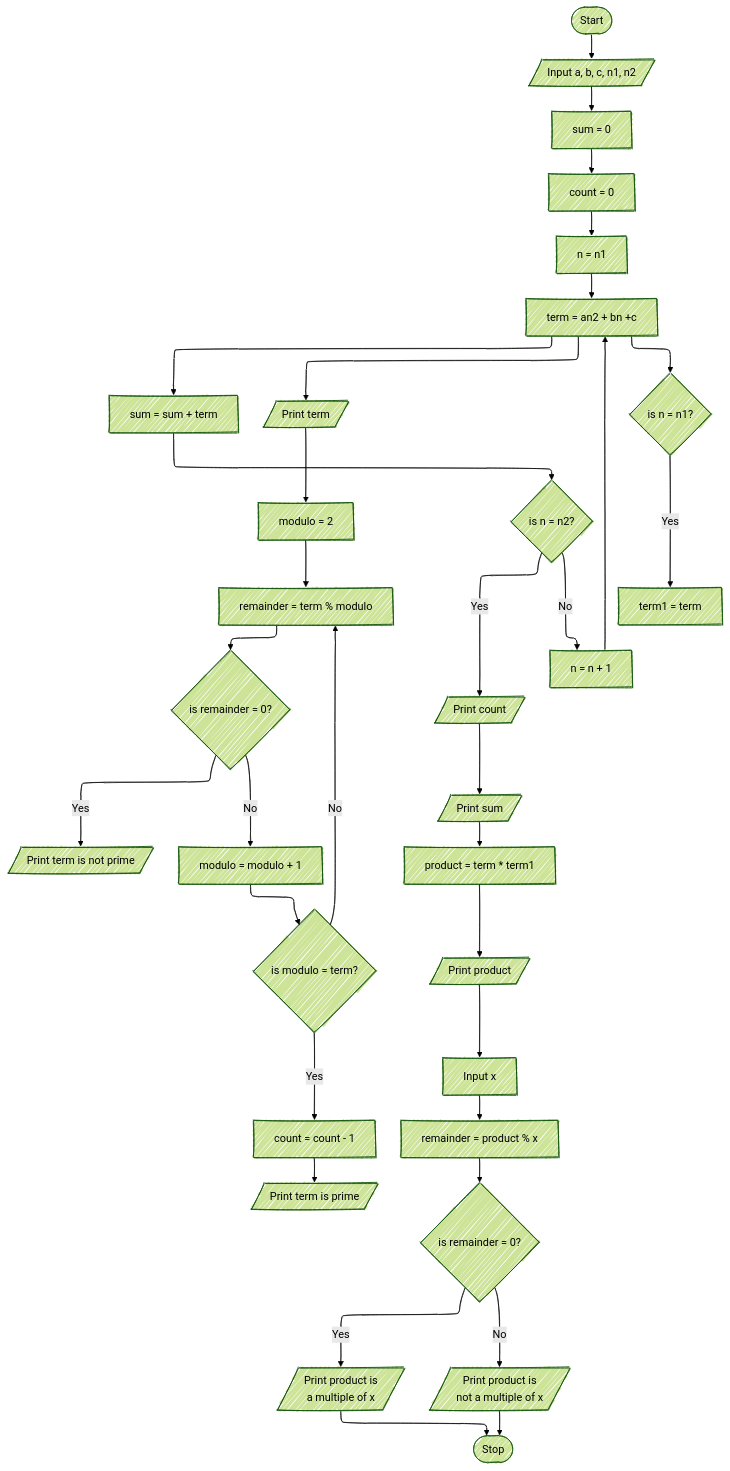
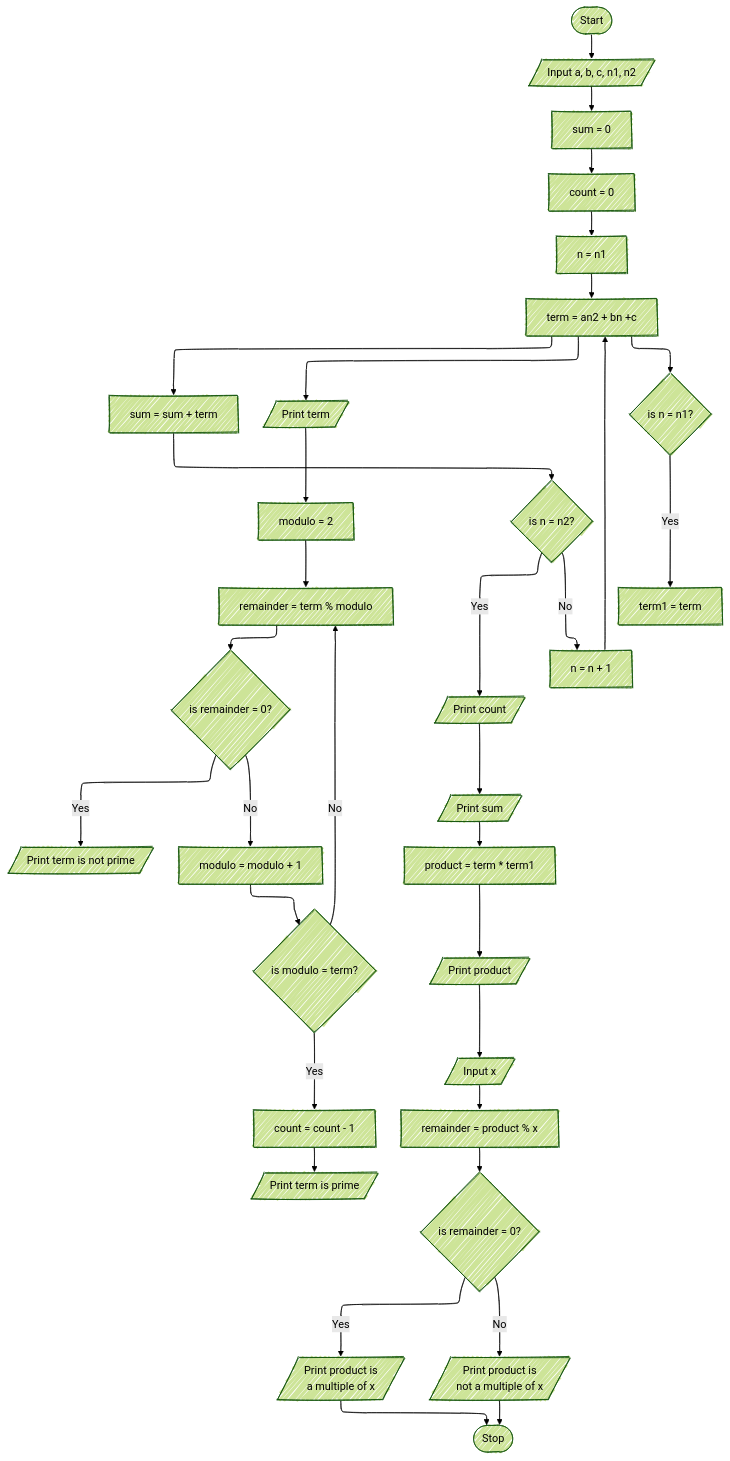
Before and after one commit to gtugaw/comp1236project: the diagram in flowchart/task3.md, drawn with Mermaid. The commit also changed 1 other file, not shown here.

Commit message:
added permission to run final.sh and fix input x flowchart shape

````diff
--- a/flowchart/task3.md
+++ b/flowchart/task3.md
@@ -3,60 +3,60 @@
 ```mermaid
 ---
 config:
   theme: forest
   look: handDrawn
   layout: elk
 ---
 flowchart TB
     A([Start])
     A-->B[/Input a, b, c, n1, n2/]
     B-->C[sum = 0]
 
 
     CC-->D[n = n1]
     D-->E[term = an2 + bn +c]
     E-->F[sum = sum + term]
     E-->G[/Print term/]
 
     C-->CC[count = 0]
     G-->GF[modulo = 2]
     GF-->GH[remainder = term % modulo]
     GH-->GI{is remainder = 0?}
     GI--Yes-->GK[/Print term is not prime/]
     GM--Yes-->GJ[count = count - 1]
 
     GI--Noo-->GL[modulo = modulo + 1]
     GL-->GM{is modulo = term?}
     GJ-->GN[/Print term is prime/]
 
     GM--Noo-->GH
 
 
 
 
 
     F-->H{is n = n2?}
 
     H--Yes-->GO[/Print count/]
 
     H--Noo-->I[n = n + 1]
     I-->E
     J-->K[product = term * term1]
     K-->L[/Print product/]
     GO-->J[/Print sum/]
     
 
     E-->N{is n = n1?}
     N--Yes-->P[term1 = term]
 
-    L-->Q[Input x]
+    L-->Q[/Input x/]
     Q-->R[remainder = product % x]
     R-->S{is remainder = 0?}
     S--Yes-->T[/Print product is 
     a multiple of x/]
     S--Noo-->U[/Print product is 
     not a multiple of x/]
 
     T-->V([Stop])
     U-->V
 ```
````
